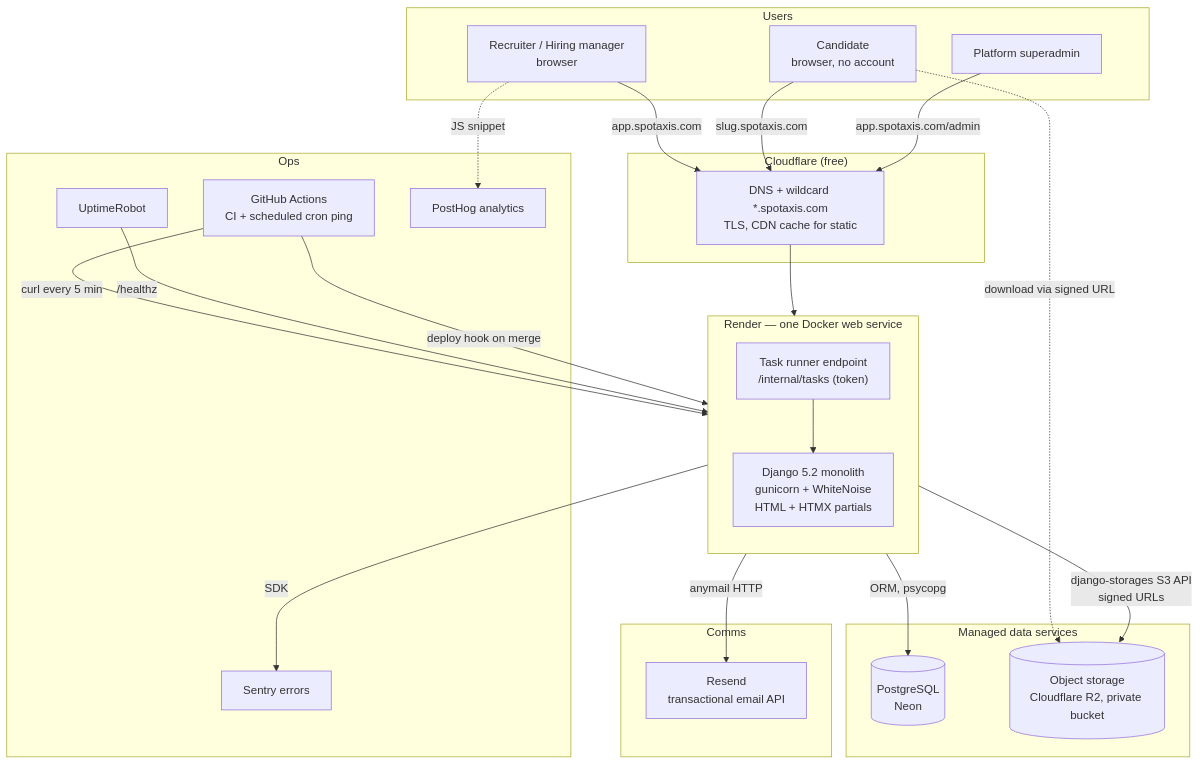
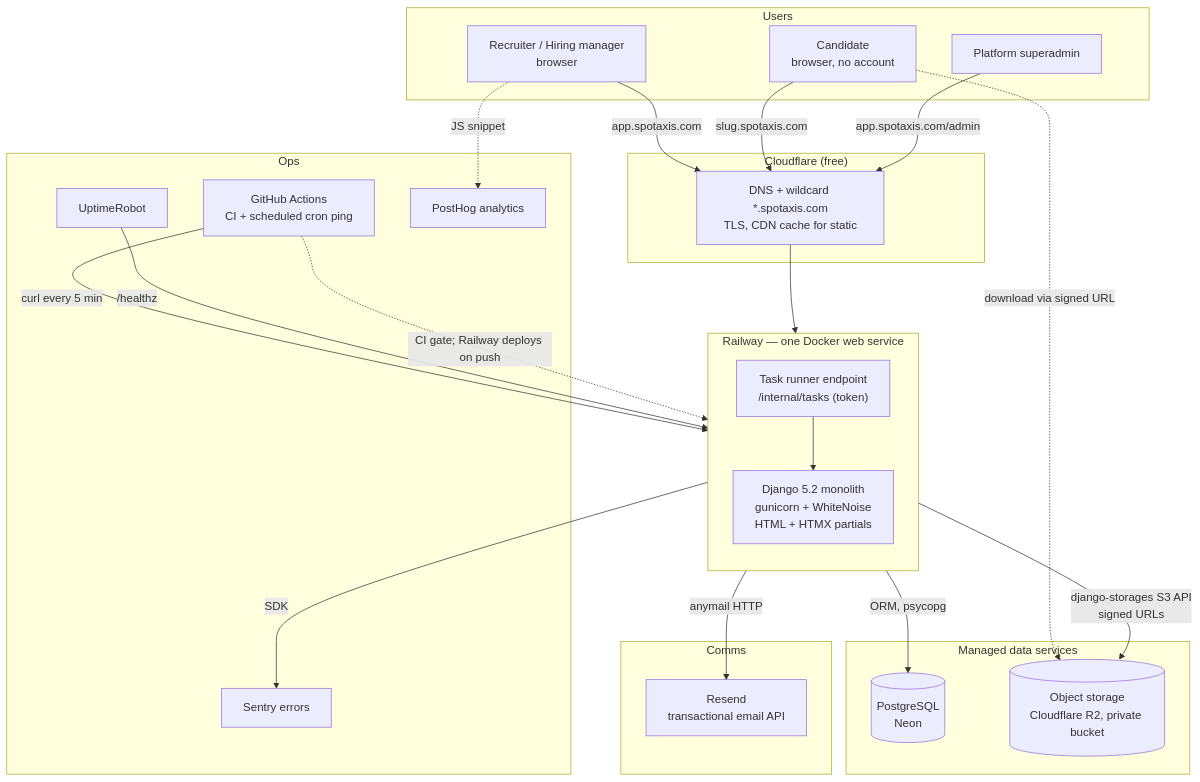
Before and after one commit to tau2020/SpotAxis: the first of 4 diagrams in docs/MVP_ARCHITECTURE_PLAN.md, drawn with Mermaid. The commit also changed other lines of this file, not shown here.

First line of the commit message:
docs: switch hosting recommendation from Render to Railway

````diff
--- a/docs/MVP_ARCHITECTURE_PLAN.md
+++ b/docs/MVP_ARCHITECTURE_PLAN.md
@@ -221,49 +221,49 @@
 ```mermaid
 flowchart TB
     subgraph Users
         R[Recruiter / Hiring manager<br/>browser]
         C[Candidate<br/>browser, no account]
         A[Platform superadmin]
     end
 
     subgraph Edge["Cloudflare (free)"]
         DNS[DNS + wildcard *.spotaxis.com<br/>TLS, CDN cache for static]
     end
 
-    subgraph Render["Render — one Docker web service"]
+    subgraph Railway["Railway — one Docker web service"]
         direction TB
         WEB["Django 5.2 monolith<br/>gunicorn + WhiteNoise<br/>HTML + HTMX partials"]
         TASK["Task runner endpoint<br/>/internal/tasks (token)"]
     end
 
     subgraph Data["Managed data services"]
         PG[(PostgreSQL<br/>Neon)]
         R2[(Object storage<br/>Cloudflare R2, private bucket)]
     end
 
     subgraph Comms
         RESEND[Resend<br/>transactional email API]
     end
 
     subgraph Ops
         SENTRY[Sentry errors]
         UPTIME[UptimeRobot]
         GHA[GitHub Actions<br/>CI + scheduled cron ping]
         POSTHOG[PostHog analytics]
     end
 
     R -->|app.spotaxis.com| DNS
     C -->|slug.spotaxis.com| DNS
     A -->|app.spotaxis.com/admin| DNS
     DNS --> WEB
     WEB -->|ORM, psycopg| PG
     WEB -->|django-storages S3 API<br/>signed URLs| R2
     C -.->|download via signed URL| R2
     WEB -->|anymail HTTP| RESEND
     WEB -->|SDK| SENTRY
     R -.->|JS snippet| POSTHOG
     GHA -->|curl every 5 min| TASK
     TASK --> WEB
     UPTIME -->|/healthz| WEB
-    GHA -->|deploy hook on merge| Render
+    GHA -.->|CI gate; Railway deploys on push| Railway
 ```
````
